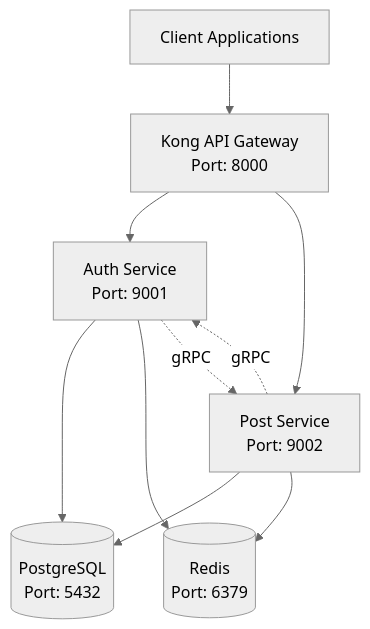
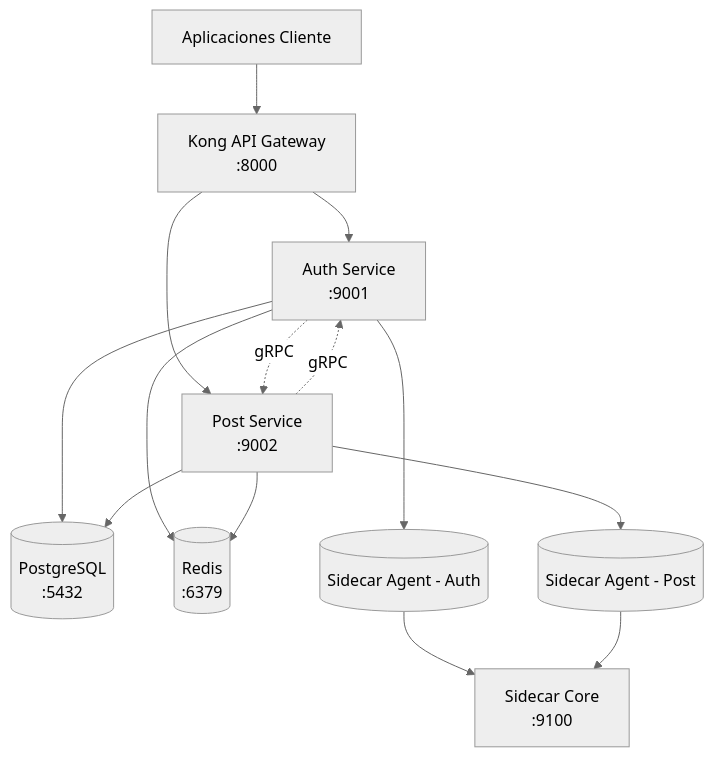
The diagram in nestjs-microservices/README.md (CrissSov/Sidecar-Pattern), drawn with Mermaid (neutral theme) before and after one commit. The commit also changed other lines of this file, not shown here.

````diff
--- a/nestjs-microservices/README.md
+++ b/nestjs-microservices/README.md
@@ -29,12 +30,16 @@
 ```mermaid
 graph TB
-    Client[Client Applications] --> Kong[Kong API Gateway<br/>Port: 8000]
-    Kong --> Auth[Auth Service<br/>Port: 9001]
-    Kong --> Post[Post Service<br/>Port: 9002]
-    Auth --> PostgreSQL[(PostgreSQL<br/>Port: 5432)]
+    Client[Aplicaciones Cliente] --> Kong[Kong API Gateway<br/>:8000]
+    Kong --> Auth[Auth Service<br/>:9001]
+    Kong --> Post[Post Service<br/>:9002]
+    Auth --> PostgreSQL[(PostgreSQL<br/>:5432)]
     Post --> PostgreSQL
-    Auth --> Redis[(Redis<br/>Port: 6379)]
+    Auth --> Redis[(Redis<br/>:6379)]
     Post --> Redis
     Auth -.->|gRPC| Post
     Post -.->|gRPC| Auth
+    Auth --> SidecarAuth[(Sidecar Agent - Auth)]
+    Post --> SidecarPost[(Sidecar Agent - Post)]
+    SidecarAuth --> CentralSidecar[Sidecar Core<br/>:9100]
+    SidecarPost --> CentralSidecar
 ```
````
